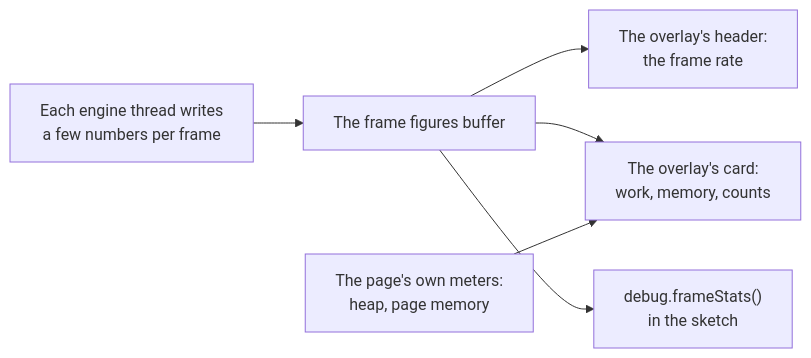
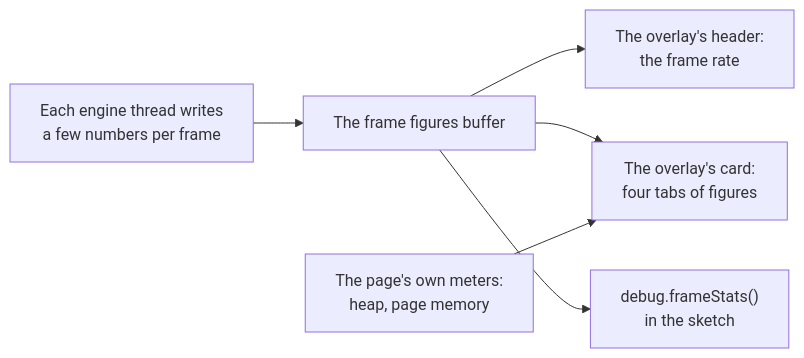
The third of 3 diagrams in docs/api/debug.md (null3d-engine/null3d), drawn with Mermaid before and after one commit. The commit also changed other lines of this file and 11 other files, not shown here.

````diff
--- a/docs/api/debug.md
+++ b/docs/api/debug.md
@@ -179,8 +179,8 @@
 ```mermaid
 flowchart LR
     threads["Each engine thread writes<br/>a few numbers per frame"] --> buffer["The frame figures buffer"]
     buffer --> header["The overlay's header:<br/>the frame rate"]
-    buffer --> card["The overlay's card:<br/>work, memory, counts"]
+    buffer --> card["The overlay's card:<br/>four tabs of figures"]
     buffer --> sketch["debug.frameStats()<br/>in the sketch"]
     page["The page's own meters:<br/>heap, page memory"] --> card
 ```
````
